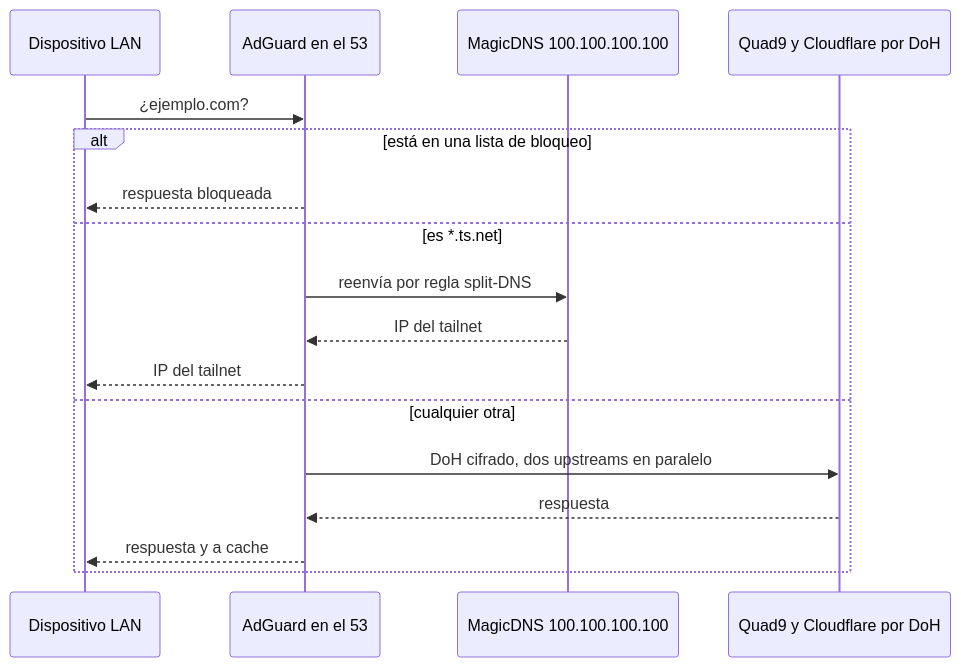
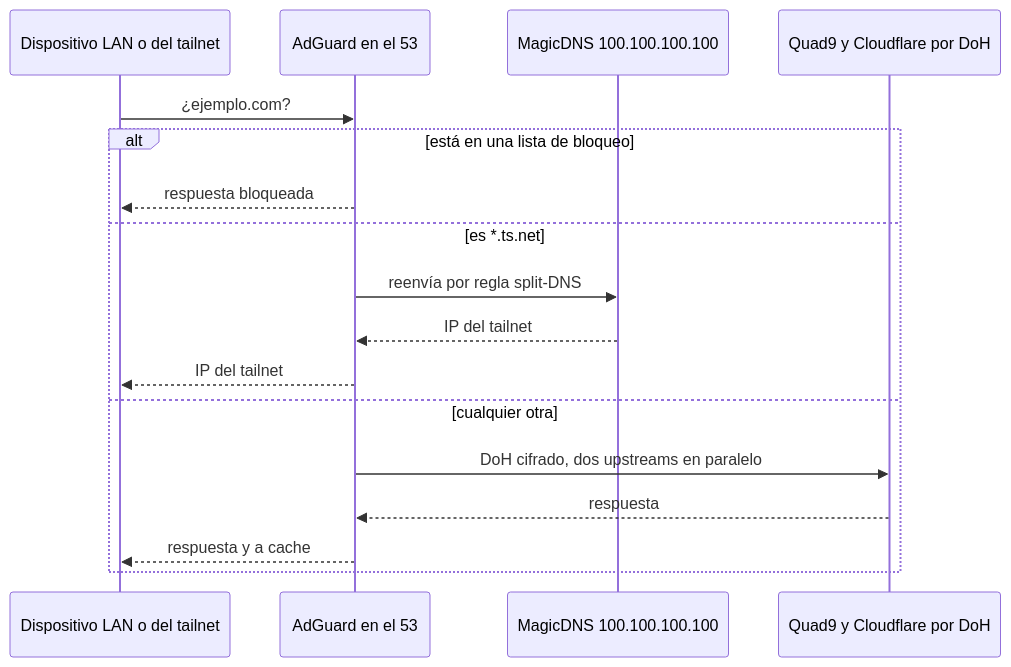
One commit to SaguadoDev/homelab changed the second of 2 diagrams in docs/arquitectura.md. Above: the diagram before and after it, drawn with Mermaid. The commit also changed other lines of this file and 5 other files, not shown here.

First line of the commit message:
AdGuard como DNS del tailnet: bind en la IP de Tailscale y docker tras tailscaled

````diff
--- a/docs/arquitectura.md
+++ b/docs/arquitectura.md
@@ -97,20 +100,20 @@
 ```mermaid
 sequenceDiagram
-    participant D as Dispositivo LAN
+    participant D as Dispositivo LAN o del tailnet
     participant A as AdGuard en el 53
     participant T as MagicDNS 100.100.100.100
     participant U as Quad9 y Cloudflare por DoH
 
     D->>A: ¿ejemplo.com?
     alt está en una lista de bloqueo
         A-->>D: respuesta bloqueada
     else es *.ts.net
         A->>T: reenvía por regla split-DNS
         T-->>A: IP del tailnet
         A-->>D: IP del tailnet
     else cualquier otra
         A->>U: DoH cifrado, dos upstreams en paralelo
         U-->>A: respuesta
         A-->>D: respuesta y a cache
     end
 ```
````
